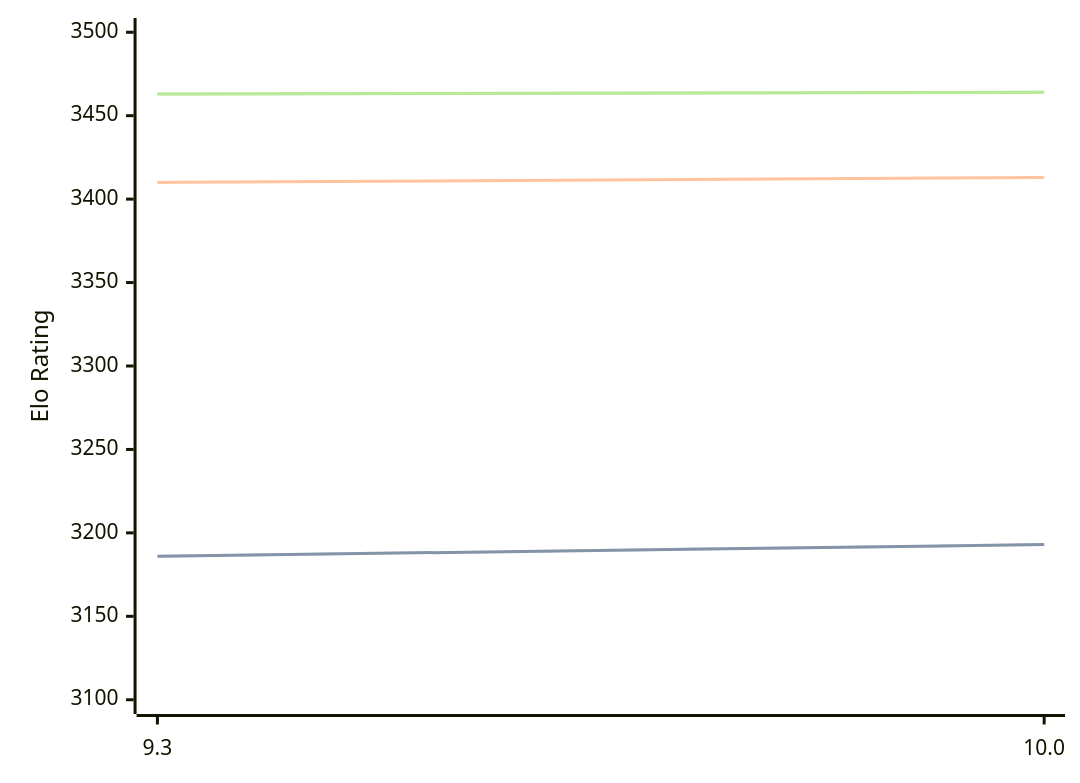
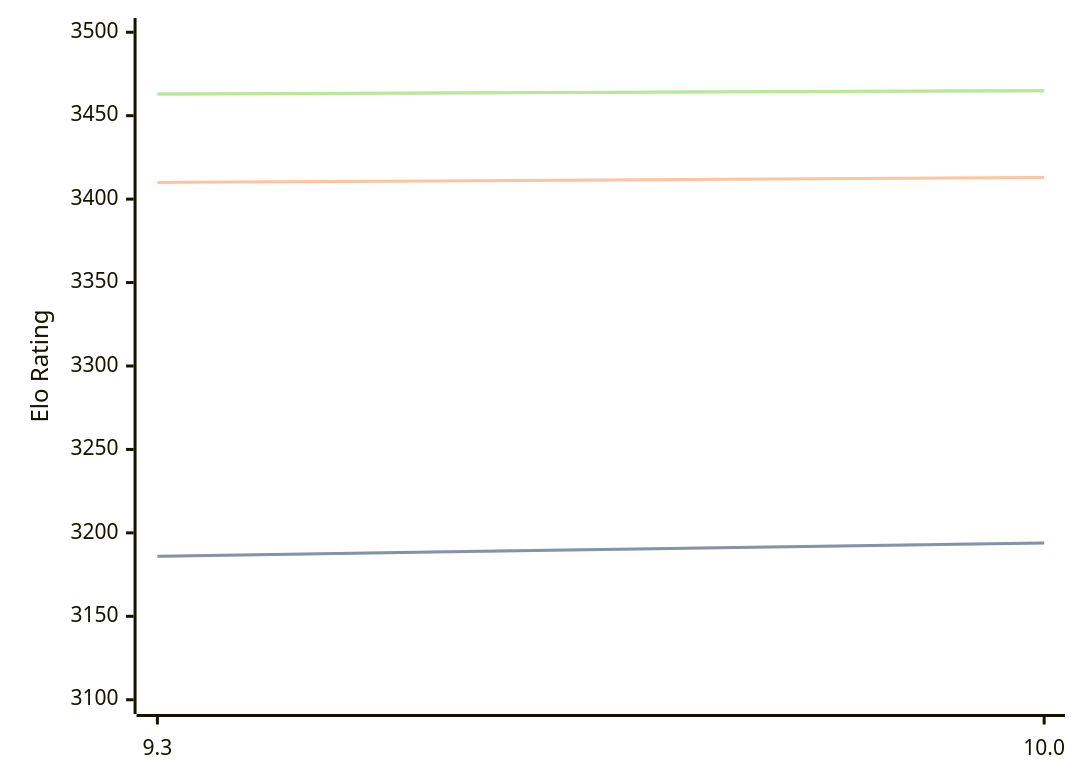
Before and after one commit to computer-chess-index/cci: the diagram in engines/Fire.md, drawn with Mermaid. The commit also changed other lines of this file, not shown here.

Commit message:
Update CCI Ratings (ELO VLTC) - 2026-04-22

````diff
--- a/engines/Fire.md
+++ b/engines/Fire.md
@@ -47,11 +47,11 @@
 ```mermaid
 %%{init: {"theme":"base","themeVariables":{"seriesColors:['#a3a3a3','#222221','#faa371']}}}%%
 xychart-beta
   x-axis ["9.3", "10.0"]
   y-axis "Elo Rating" 3100 --> 3500
-  line "STC (8.0+0.08s)" [3186, 3193]
-  line "STC (8.0+0.08s)" [3186, 3193]
+  line "STC (8.0+0.08s)" [3186, 3194]
+  line "STC (8.0+0.08s)" [3186, 3194]
   line "LTC (60.0+0.60s)" [3410, 3413]
-  line "VLTC (2m24s+1.12s)" [3463, 3464]
-  line "VLTC (2m24s+1.12s)" [3463, 3464]
+  line "VLTC (2m24s+1.12s)" [3463, 3465]
+  line "VLTC (2m24s+1.12s)" [3463, 3465]
 ```
````
